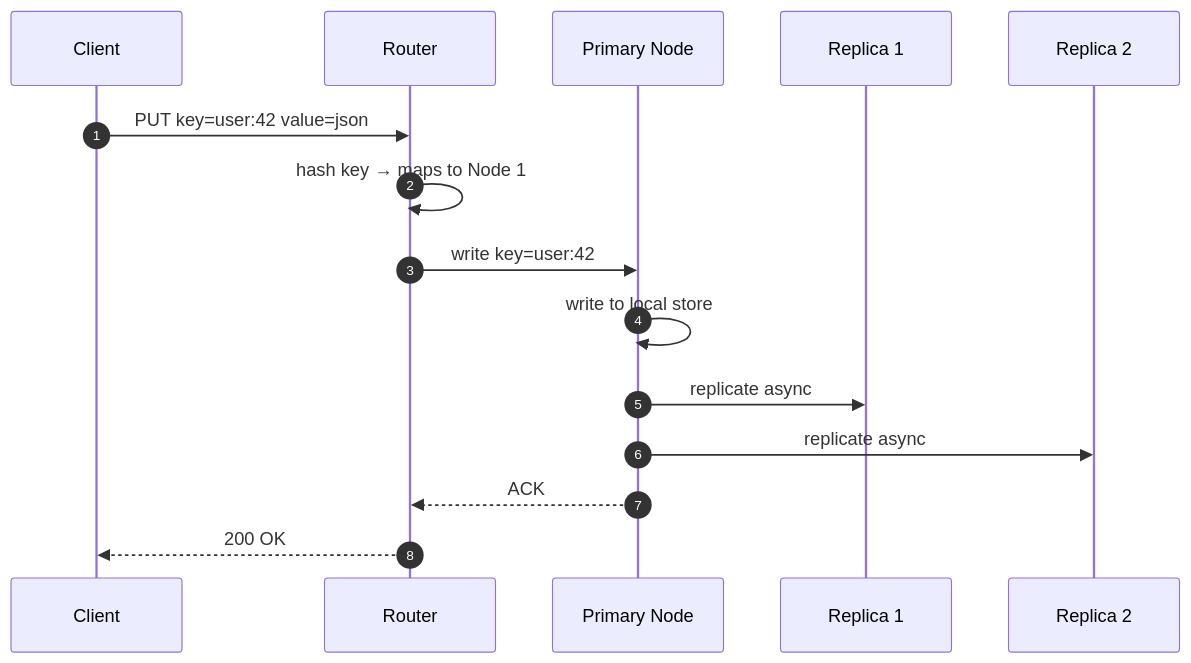
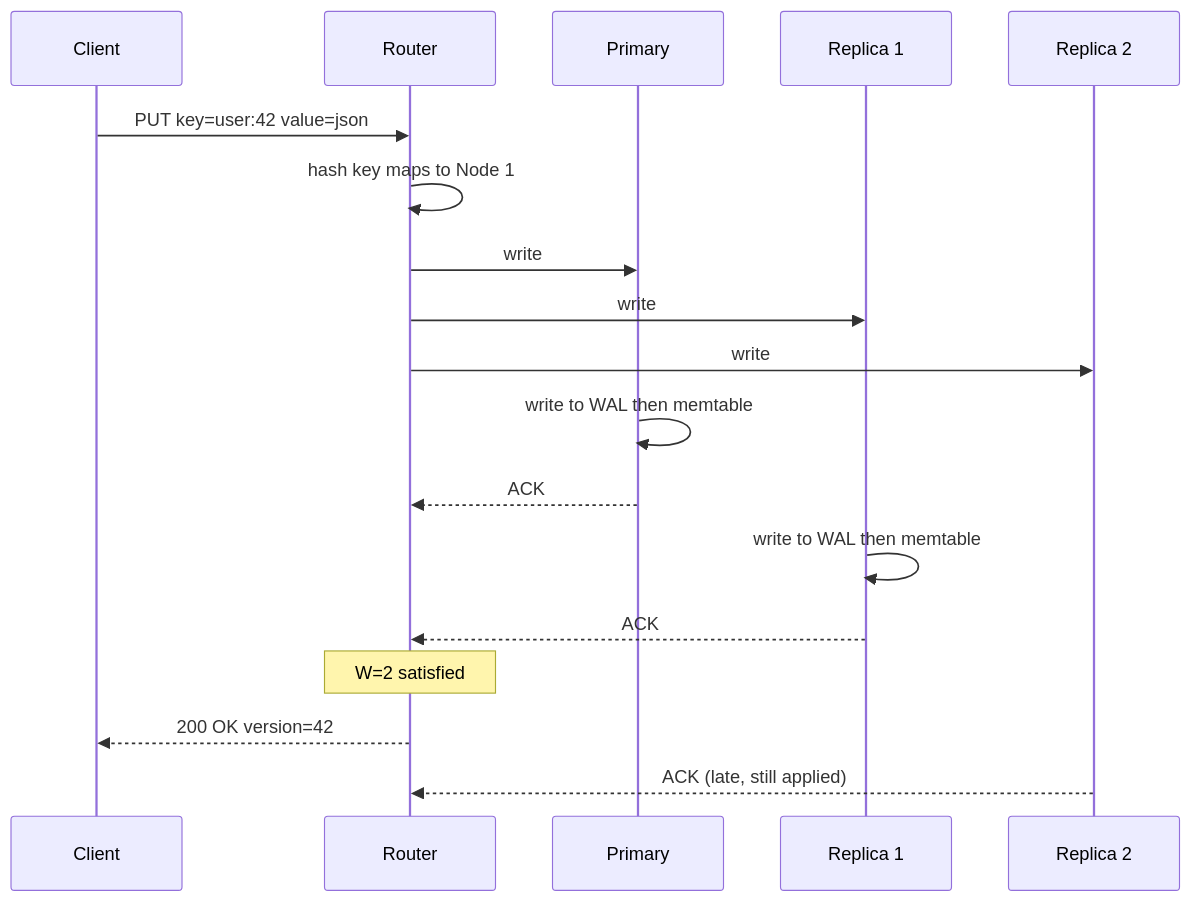
One commit to iluzn/HLD-Designs changed the fifth of 10 diagrams in content/hld/KeyValueStore.md. Above: the diagram before and after it, drawn with Mermaid. The commit also changed other lines of this file, not shown here.

Commit message:
rewrite Key-Value Store in Hello Interview style: incremental build, one FR at a time, WHY before WHAT

````diff
--- a/content/hld/KeyValueStore.md
+++ b/content/hld/KeyValueStore.md
@@ -160,18 +289,21 @@
 ```mermaid
 sequenceDiagram
-    autonumber
     participant C as Client
     participant R as Router
-    participant N1 as Primary Node
+    participant N1 as Primary
     participant N2 as Replica 1
     participant N3 as Replica 2
 
     C->>R: PUT key=user:42 value=json
-    R->>R: hash key → maps to Node 1
-    R->>N1: write key=user:42
-    N1->>N1: write to local store
-    N1->>N2: replicate async
-    N1->>N3: replicate async
+    R->>R: hash key maps to Node 1
+    R->>N1: write
+    R->>N2: write
+    R->>N3: write
+    N1->>N1: write to WAL then memtable
     N1-->>R: ACK
-    R-->>C: 200 OK
+    N2->>N2: write to WAL then memtable
+    N2-->>R: ACK
+    Note over R: W=2 satisfied
+    R-->>C: 200 OK version=42
+    N3-->>R: ACK (late, still applied)
 ```
````
